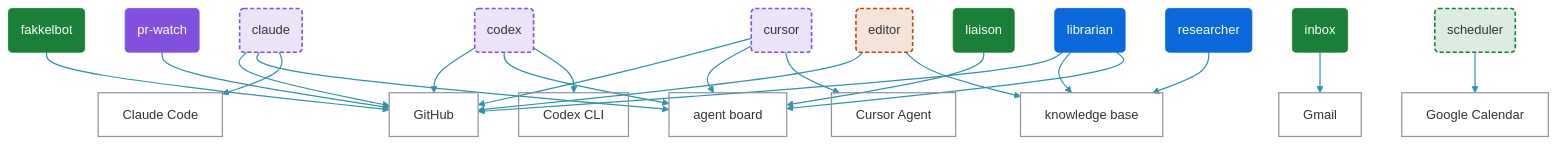
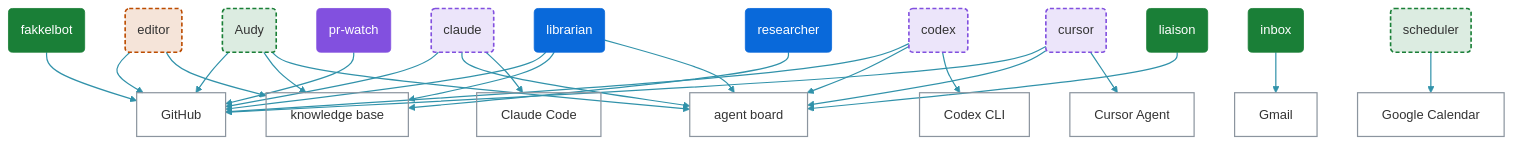
One commit to dfakkeldy/fakkelbot changed the second of 2 diagrams in docs/bot-chart.md. Above: the diagram before and after it, drawn with Mermaid. The commit also changed other lines of this file and 15 other files, not shown here.

````diff
--- a/docs/bot-chart.md
+++ b/docs/bot-chart.md
@@ -88,58 +89,62 @@
 ```mermaid
 %%{init: {"flowchart": {"curve": "basis"}}}%%
 flowchart TB
+    bot_audy("Audy")
     bot_claude("claude")
     bot_codex("codex")
     bot_cursor("cursor")
     bot_editor("editor")
     bot_fakkelbot("fakkelbot")
     bot_inbox("inbox")
     bot_liaison("liaison")
     bot_librarian("librarian")
     bot_pr_watch("pr-watch")
     bot_researcher("researcher")
     bot_scheduler("scheduler")
     sys_github["GitHub"]
     sys_kb["knowledge base"]
     sys_board["agent board"]
     sys_gmail["Gmail"]
     sys_gcal["Google Calendar"]
     sys_claude_cli["Claude Code"]
     sys_cursor_cli["Cursor Agent"]
     sys_codex_cli["Codex CLI"]
+    bot_audy --> sys_github
+    bot_audy --> sys_kb
+    bot_audy --> sys_board
     bot_claude --> sys_github
     bot_claude --> sys_board
     bot_claude --> sys_claude_cli
     bot_codex --> sys_github
     bot_codex --> sys_board
     bot_codex --> sys_codex_cli
     bot_cursor --> sys_github
     bot_cursor --> sys_board
     bot_cursor --> sys_cursor_cli
     bot_editor --> sys_github
     bot_editor --> sys_kb
     bot_fakkelbot --> sys_github
     bot_inbox --> sys_gmail
     bot_liaison --> sys_board
     bot_librarian --> sys_github
     bot_librarian --> sys_kb
     bot_librarian --> sys_board
     bot_pr_watch --> sys_github
     bot_researcher --> sys_kb
     bot_scheduler --> sys_gcal
+    classDef daily_life_optional fill:#1a7f3726,stroke:#1a7f37,stroke-width:2px,stroke-dasharray:5 3
+    class bot_audy,bot_scheduler daily_life_optional
     classDef builders_optional fill:#8250df26,stroke:#8250df,stroke-width:2px,stroke-dasharray:5 3
     class bot_claude,bot_codex,bot_cursor builders_optional
     classDef content_optional fill:#bc4c0026,stroke:#bc4c00,stroke-width:2px,stroke-dasharray:5 3
     class bot_editor content_optional
     classDef daily_life fill:#1a7f37,stroke:#1a7f37,color:#ffffff
     class bot_fakkelbot,bot_inbox,bot_liaison daily_life
     classDef work fill:#0969da,stroke:#0969da,color:#ffffff
     class bot_librarian,bot_researcher work
     classDef builders fill:#8250df,stroke:#8250df,color:#ffffff
     class bot_pr_watch builders
-    classDef daily_life_optional fill:#1a7f3726,stroke:#1a7f37,stroke-width:2px,stroke-dasharray:5 3
-    class bot_scheduler daily_life_optional
     classDef system fill:transparent,stroke:#8c959f,stroke-width:1.5px
     class sys_github,sys_kb,sys_board,sys_gmail,sys_gcal,sys_claude_cli,sys_cursor_cli,sys_codex_cli system
-    linkStyle 0,1,2,3,4,5,6,7,8,9,10,11,12,13,14,15,16,17,18,19 stroke:#3192aa,stroke-width:1.5px
+    linkStyle 0,1,2,3,4,5,6,7,8,9,10,11,12,13,14,15,16,17,18,19,20,21,22 stroke:#3192aa,stroke-width:1.5px
 ```
````
